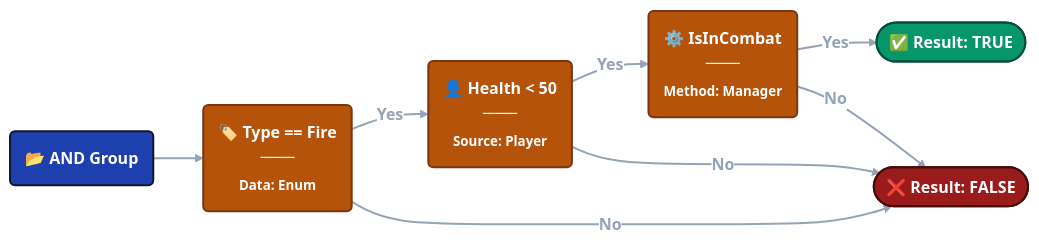
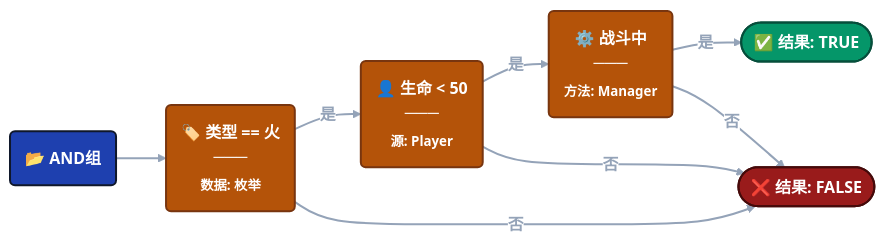
Before and after one commit to tinygiants-tech/TinyGiants: the fifth of 5 diagrams in i18n/zh/docusaurus-plugin-content-docs/current/game-event-system/visual-workflow/visual-condition-tree.md, drawn with Mermaid (neutral theme). The commit also changed other lines of this file and 7 other files, not shown here.

````diff
--- a/i18n/zh/docusaurus-plugin-content-docs/current/game-event-system/visual-workflow/visual-condition-tree.md
+++ b/i18n/zh/docusaurus-plugin-content-docs/current/game-event-system/visual-workflow/visual-condition-tree.md
@@ -847,33 +816,33 @@
 ```mermaid
 graph LR
 
     %% 节点定义
-    ROOT(📂 AND Group):::root
+    ROOT(📂 AND组):::root
     
-    C1("🏷️ Type == Fire<br/>───<br/><sub>Data: Enum</sub>"):::cond
-    C2("👤 Health < 50<br/>───<br/><sub>Source: Player</sub>"):::cond
-    C3("⚙️ IsInCombat<br/>───<br/><sub>Method: Manager</sub>"):::cond
+    C1("🏷️ 类型 == 火<br/>───<br/><sub>数据: 枚举</sub>"):::cond
+    C2("👤 生命 < 50<br/>───<br/><sub>源: Player</sub>"):::cond
+    C3("⚙️ 战斗中<br/>───<br/><sub>方法: Manager</sub>"):::cond
     
-    RES_T([✅ Result: TRUE]):::result
-    RES_F([❌ Result: FALSE]):::fail
+    RES_T([✅ 结果: TRUE]):::result
+    RES_F([❌ 结果: FALSE]):::fail
 
     %% 逻辑连接
     ROOT --> C1
     
-    C1 -- Yes --> C2
-    C2 -- Yes --> C3
-    C3 -- Yes --> RES_T
+    C1 -- 是 --> C2
+    C2 -- 是 --> C3
+    C3 -- 是 --> RES_T
 
-    C1 -- No --> RES_F
-    C2 -- No --> RES_F
-    C3 -- No --> RES_F
+    C1 -- 否 --> RES_F
+    C2 -- 否 --> RES_F
+    C3 -- 否 --> RES_F
 
     %% 样式定义
     classDef root fill:#1e40af,stroke:#0f172a,stroke-width:2px,color:#ffffff,font-weight:bold
     classDef cond fill:#b45309,stroke:#78350f,stroke-width:2px,color:#ffffff,font-weight:bold
     classDef result fill:#059669,stroke:#064e3b,stroke-width:2px,color:#ffffff,font-weight:bold
     classDef fail fill:#991b1b,stroke:#450a0a,stroke-width:2px,color:#ffffff,font-weight:bold
 
     %% 连线样式
     linkStyle default stroke:#94a3b8,stroke-width:2px,color:#94a3b8
 ```
````
